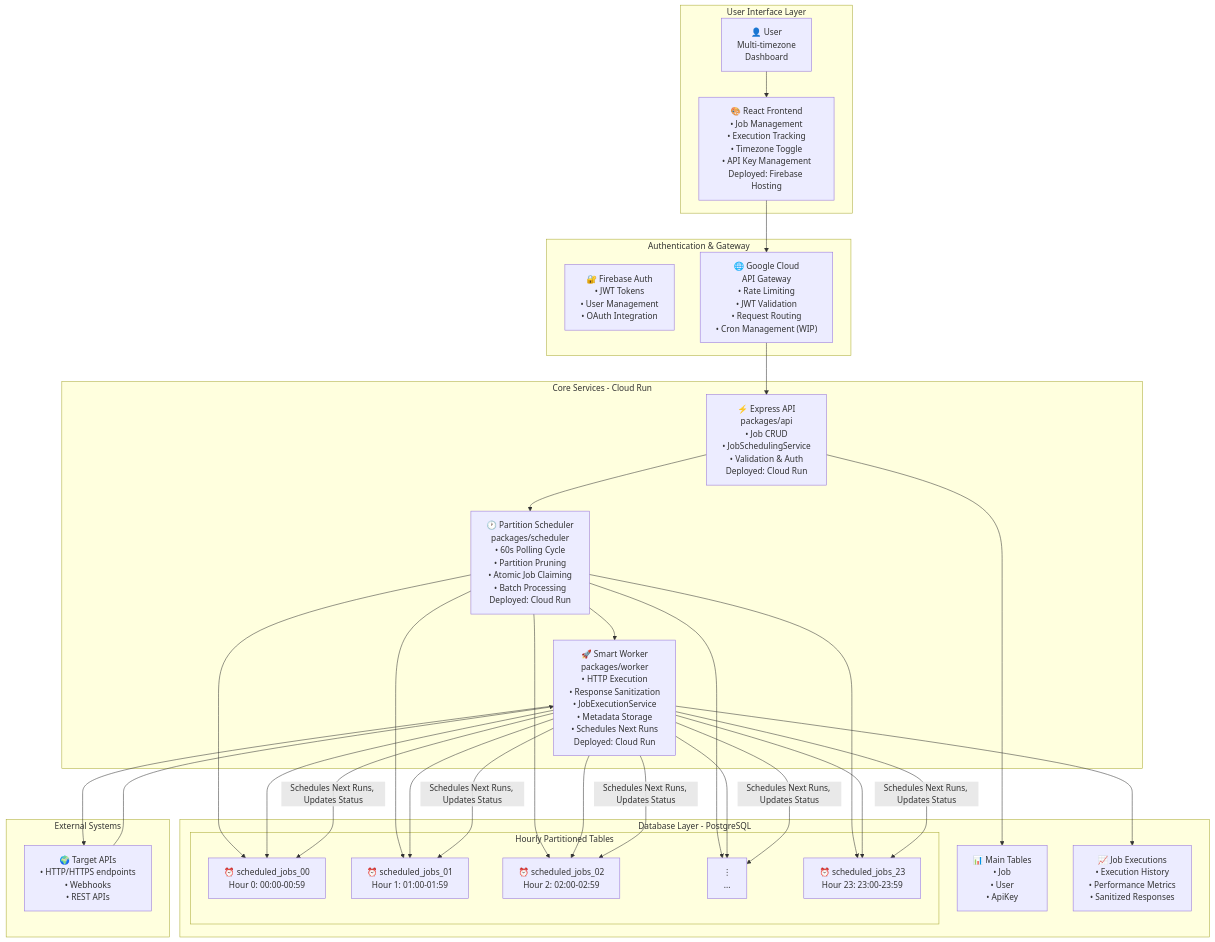
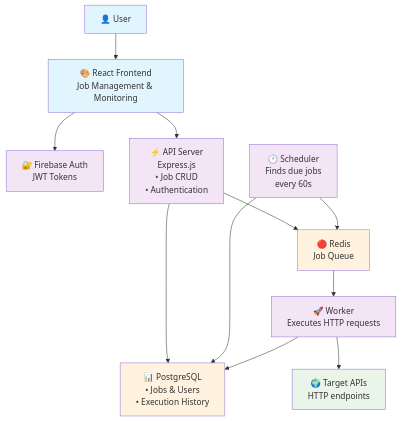
Before and after one commit to sohanagashimani/repeatly: the diagram in README.md, drawn with Mermaid.

Commit message:
Revise architecture diagram in README.md to reflect updated user interface and service interactions, including the addition of Redis for job queuing and improved service layer organization.

````diff
--- a/README.md
+++ b/README.md
@@ -9,67 +9,33 @@
 ```mermaid
 graph TB
-    %% User and Frontend Layer
-    subgraph "User Interface Layer"
-        USER["👤 User<br/>Multi-timezone<br/>Dashboard"]
-        FRONTEND["🎨 React Frontend<br/>• Job Management<br/>• Execution Tracking<br/>• Timezone Toggle<br/>• API Key Management<br/>Deployed: Firebase Hosting"]
-    end
+    %% User Layer
+    USER["👤 User"] --> FRONTEND["🎨 React Frontend<br/>Job Management & Monitoring"]
 
-    %% Authentication & Gateway Layer
-    subgraph "Authentication & Gateway"
-        FIREBASE["🔐 Firebase Auth<br/>• JWT Tokens<br/>• User Management<br/>• OAuth Integration"]
-        GATEWAY["🌐 Google Cloud<br/>API Gateway<br/>• Rate Limiting<br/>• JWT Validation<br/>• Request Routing<br/>• Cron Management (WIP)"]
-    end
+    %% Authentication
+    FRONTEND --> AUTH["🔐 Firebase Auth<br/>JWT Tokens"]
 
-    %% Core Services Layer
-    subgraph "Core Services - Cloud Run"
-        API["⚡ Express API<br/>packages/api<br/>• Job CRUD<br/>• JobSchedulingService<br/>• Validation & Auth<br/>Deployed: Cloud Run"]
-        SCHEDULER["🕐 Partition Scheduler<br/>packages/scheduler<br/>• 60s Polling Cycle<br/>• Partition Pruning<br/>• Atomic Job Claiming<br/>• Batch Processing<br/>Deployed: Cloud Run"]
-        WORKER["🚀 Smart Worker<br/>packages/worker<br/>• HTTP Execution<br/>• Response Sanitization<br/>• JobExecutionService<br/>• Metadata Storage<br/>• Schedules Next Runs<br/>Deployed: Cloud Run"]
-    end
+    %% Core Services
+    FRONTEND --> API["⚡ API Server<br/>Express.js<br/>• Job CRUD<br/>• Authentication"]
 
-    %% Database Layer with Partitioning
-    subgraph "Database Layer - PostgreSQL"
-        MAINDB["📊 Main Tables<br/>• Job<br/>• User<br/>• ApiKey"]
+    API --> DB["📊 PostgreSQL<br/>• Jobs & Users<br/>• Execution History"]
+    API --> REDIS["🔴 Redis<br/>Job Queue"]
 
-        subgraph "Hourly Partitioned Tables"
-            PART00["⏰ scheduled_jobs_00<br/>Hour 0: 00:00-00:59"]
-            PART01["⏰ scheduled_jobs_01<br/>Hour 1: 01:00-01:59"]
-            PART02["⏰ scheduled_jobs_02<br/>Hour 2: 02:00-02:59"]
-            PARTDOTS["⋮<br/>..."]
-            PART23["⏰ scheduled_jobs_23<br/>Hour 23: 23:00-23:59"]
-        end
+    %% Background Services
+    SCHEDULER["🕐 Scheduler<br/>Finds due jobs<br/>every 60s"] --> REDIS
+    SCHEDULER --> DB
 
-        EXECDB["📈 Job Executions<br/>• Execution History<br/>• Performance Metrics<br/>• Sanitized Responses"]
-    end
+    REDIS --> WORKER["🚀 Worker<br/>Executes HTTP requests"]
+    WORKER --> TARGET["🌍 Target APIs<br/>HTTP endpoints"]
+    WORKER --> DB
 
-    %% External Systems
-    subgraph "External Systems"
-        EXT["🌍 Target APIs<br/>• HTTP/HTTPS endpoints<br/>• Webhooks<br/>• REST APIs"]
-    end
+    %% Styling
+    classDef userLayer fill:#e1f5fe
+    classDef coreService fill:#f3e5f5
+    classDef storage fill:#fff3e0
+    classDef external fill:#e8f5e8
 
-    %% Data Flow
-    USER --> FRONTEND
-    FRONTEND --> GATEWAY
-    GATEWAY --> API
-    API --> MAINDB
-    API --> SCHEDULER
-    SCHEDULER --> PART00
-    SCHEDULER --> PART01
-    SCHEDULER --> PART02
-    SCHEDULER --> PARTDOTS
-    SCHEDULER --> PART23
-    SCHEDULER --> WORKER
-    WORKER --> EXECDB
-    WORKER --> EXT
-    EXT --> WORKER
-    WORKER --> PART00
-    WORKER --> PART01
-    WORKER --> PART02
-    WORKER --> PARTDOTS
-    WORKER --> PART23
-    WORKER -- "Schedules Next Runs, Updates Status" --> PART00
-    WORKER -- "Schedules Next Runs, Updates Status" --> PART01
-    WORKER -- "Schedules Next Runs, Updates Status" --> PART02
-    WORKER -- "Schedules Next Runs, Updates Status" --> PARTDOTS
-    WORKER -- "Schedules Next Runs, Updates Status" --> PART23
+    class USER,FRONTEND userLayer
+    class API,SCHEDULER,WORKER,AUTH coreService
+    class DB,REDIS storage
+    class TARGET external
 ```
````
